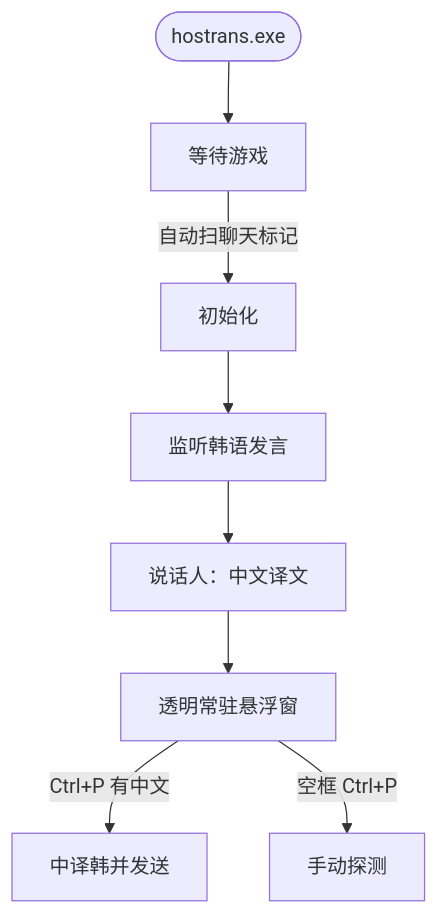
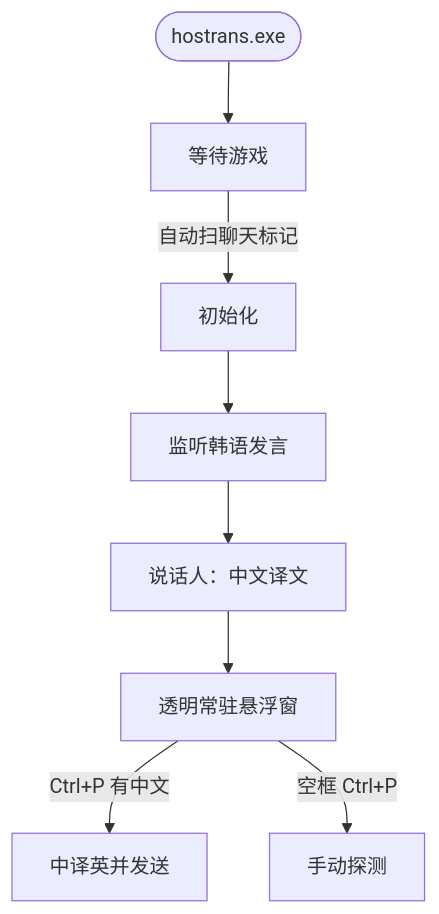
One commit to lewoking/hostrans-go changed the diagram in README.md. Above: the diagram before and after it, drawn with Mermaid. The commit also changed other lines of this file and 5 other files, not shown here.

First line of the commit message:
feat: Ctrl+P 中译英并发送，休眠字体改为 1/3

````diff
--- a/README.md
+++ b/README.md
@@ -5,10 +5,10 @@
 ```mermaid
 flowchart TB
     Start(["hostrans.exe"]) --> Wait["等待游戏"]
     Wait -->|"自动扫聊天标记"| Loc["初始化"]
     Loc --> Poll["监听韩语发言"]
     Poll --> ZH["说话人：中文译文"]
     ZH --> OV["透明常驻悬浮窗"]
-    OV -->|"Ctrl+P 有中文"| Paste["中译韩并发送"]
+    OV -->|"Ctrl+P 有中文"| Paste["中译英并发送"]
     OV -->|"空框 Ctrl+P"| Manual["手动探测"]
 ```
````
